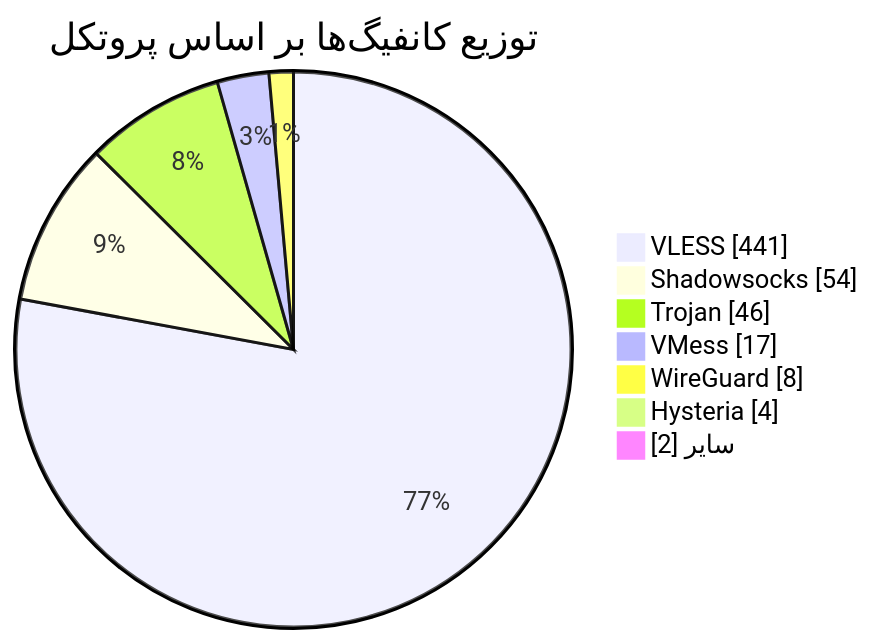
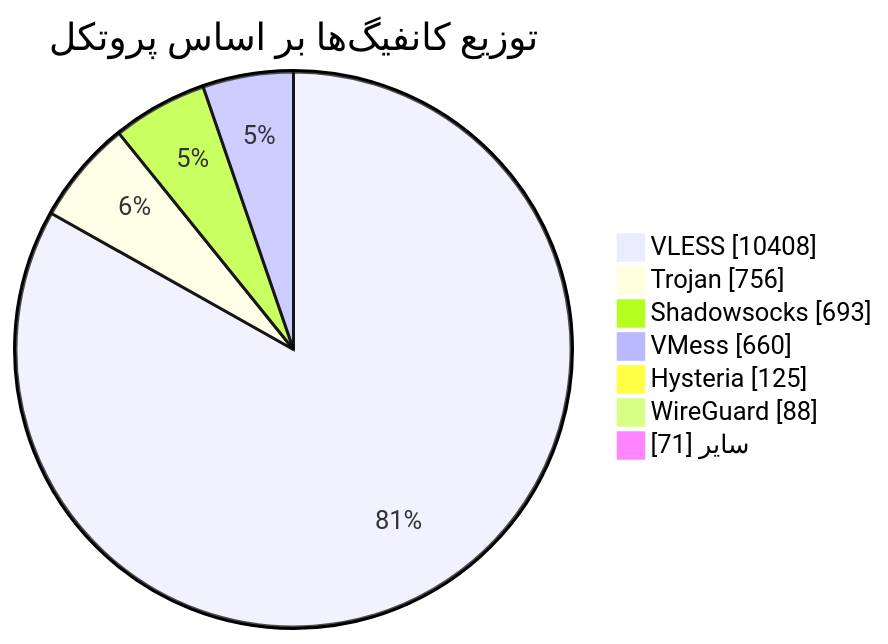
Before and after one commit to Arian-Alijani/Somthing: the diagram in README.md, drawn with Mermaid. The commit also changed other lines of this file and 191 other files, not shown here.

````diff
--- a/README.md
+++ b/README.md
@@ -49,11 +49,11 @@
 ```mermaid
 pie showData
     title توزیع کانفیگ‌ها بر اساس پروتکل
-    "VLESS" : 441
-    "Shadowsocks" : 54
-    "Trojan" : 46
-    "VMess" : 17
-    "WireGuard" : 8
-    "Hysteria" : 4
-    "سایر" : 2
+    "VLESS" : 10408
+    "Trojan" : 756
+    "Shadowsocks" : 693
+    "VMess" : 660
+    "Hysteria" : 125
+    "WireGuard" : 88
+    "سایر" : 71
 ```
````
